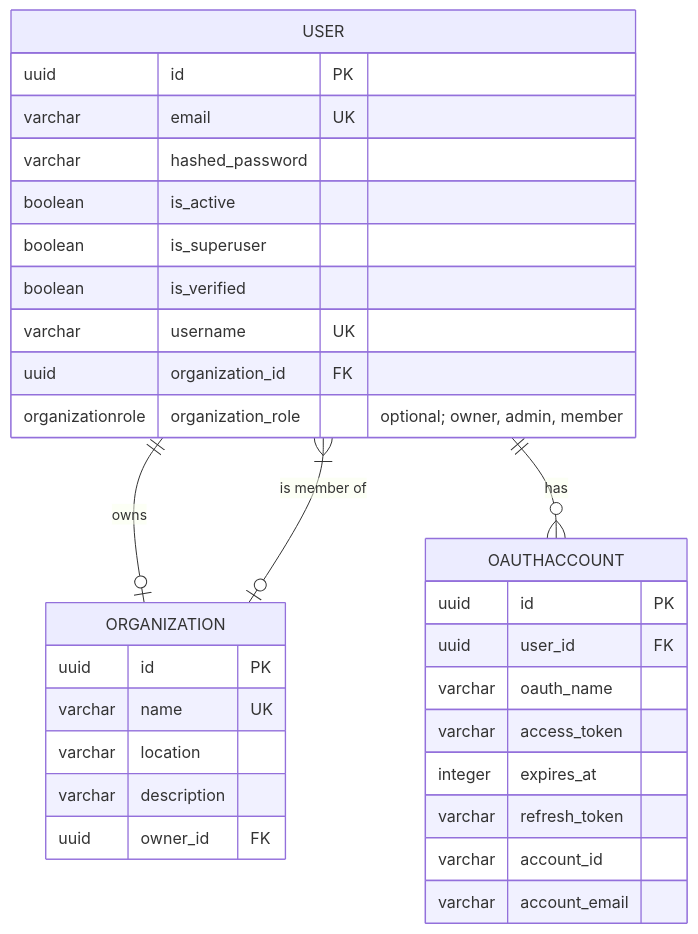
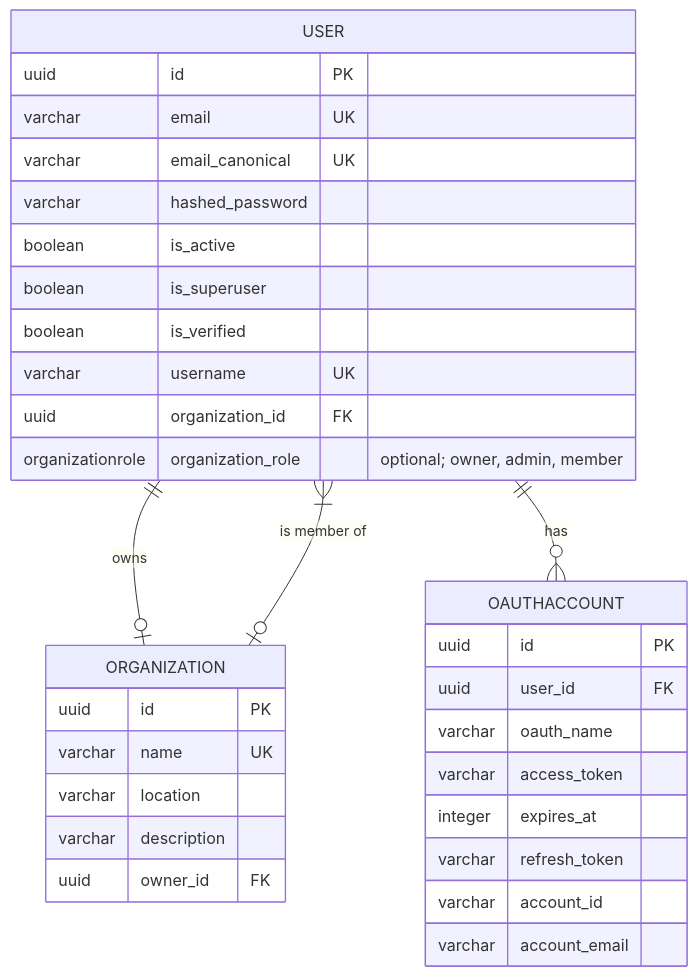
The second of 5 diagrams in docs/src/content/docs/architecture/datamodel.mdx (CMLPlatform/relab), drawn with Mermaid before and after one commit. The commit also changed 1 other file, not shown here.

Commit message:
docs: document email canonicalization policy

````diff
--- a/docs/src/content/docs/architecture/datamodel.mdx
+++ b/docs/src/content/docs/architecture/datamodel.mdx
@@ -73,37 +73,38 @@
 ```mermaid
 erDiagram
     USER {
         uuid id PK
         varchar email UK
+        varchar email_canonical UK
         varchar hashed_password
         boolean is_active
         boolean is_superuser
         boolean is_verified
         varchar username UK
         uuid organization_id FK
         organizationrole organization_role "optional; owner, admin, member"
     }
 
     ORGANIZATION {
         uuid id PK
         varchar name UK
         varchar location
         varchar description
         uuid owner_id FK
     }
 
     OAUTHACCOUNT {
         uuid id PK
         uuid user_id FK
         varchar oauth_name
         varchar access_token
         integer expires_at
         varchar refresh_token
         varchar account_id
         varchar account_email
     }
 
     USER ||--o| ORGANIZATION : "owns"
     USER }|--o| ORGANIZATION : "is member of"
     USER ||--o{ OAUTHACCOUNT : "has"
 ```
````
